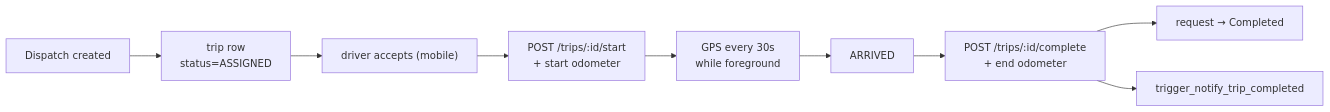
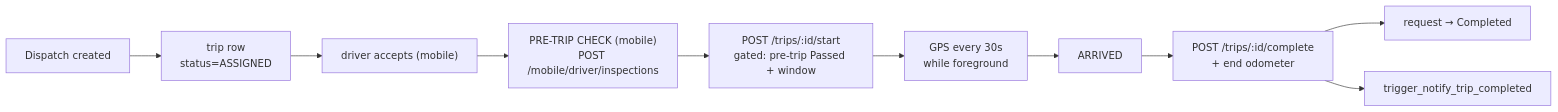
One commit to ro-mee/fleet-transpo changed the diagram in Capstone/02 - Features/Trips.md. Above: the diagram before and after it, drawn with Mermaid. The commit also changed other lines of this file and 59 other files, not shown here.

````diff
--- a/Capstone/02 - Features/Trips.md
+++ b/Capstone/02 - Features/Trips.md
@@ -24,11 +42,12 @@
 ```mermaid
 flowchart LR
     D[Dispatch created] --> T["trip row<br/>status=ASSIGNED"]
     T --> A["driver accepts (mobile)"]
-    A --> S["POST /trips/:id/start<br/>+ start odometer"]
+    A --> P["PRE-TRIP CHECK (mobile)<br/>POST /mobile/driver/inspections"]
+    P --> S["POST /trips/:id/start<br/>gated: pre-trip Passed + window"]
     S --> G["GPS every 30s<br/>while foreground"]
     G --> AR[ARRIVED]
     AR --> C["POST /trips/:id/complete<br/>+ end odometer"]
     C --> R["request → Completed"]
     C --> N["trigger_notify_trip_completed"]
 ```
````
